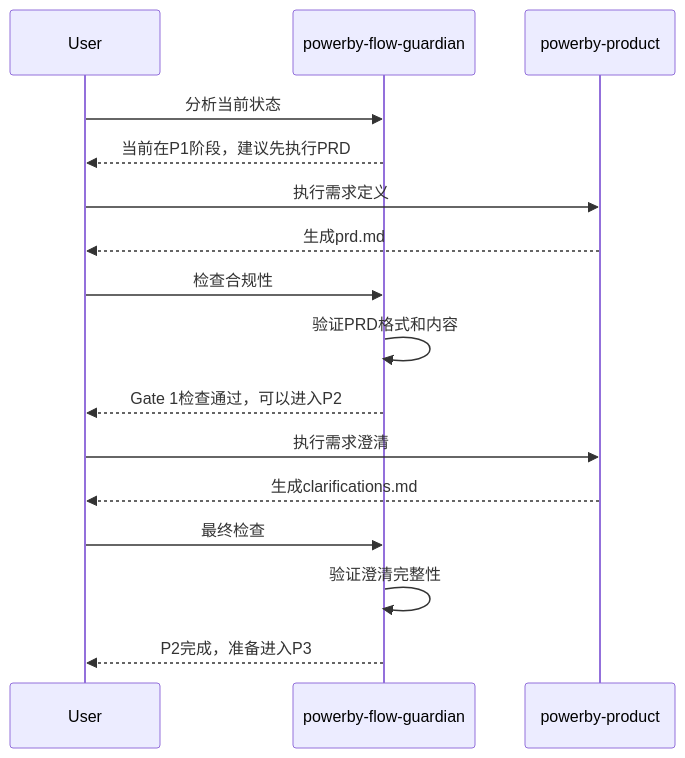
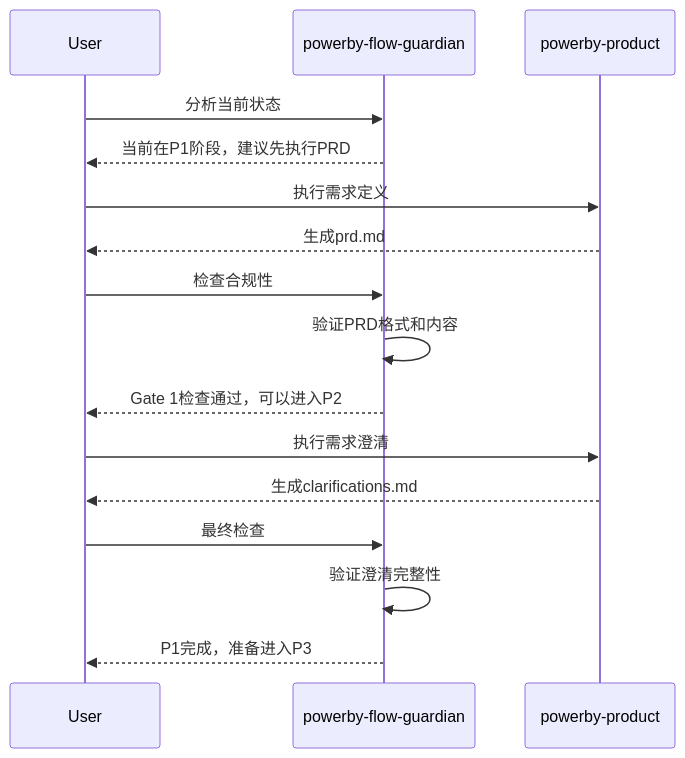
Before and after one commit to chenchiyuan/powerby-skills: the second of 5 diagrams in skills/powerby-flow-guardian-integration.md, drawn with Mermaid. The commit also changed other lines of this file and 13 other files, not shown here.

````diff
--- a/skills/powerby-flow-guardian-integration.md
+++ b/skills/powerby-flow-guardian-integration.md
@@ -96,23 +93,23 @@
 ```mermaid
 sequenceDiagram
     participant User
     participant FG as powerby-flow-guardian
     participant PM as powerby-product
 
     User->>FG: 分析当前状态
     FG-->>User: 当前在P1阶段，建议先执行PRD
 
     User->>PM: 执行需求定义
     PM-->>User: 生成prd.md
 
     User->>FG: 检查合规性
     FG->>FG: 验证PRD格式和内容
     FG-->>User: Gate 1检查通过，可以进入P2
 
     User->>PM: 执行需求澄清
     PM-->>User: 生成clarifications.md
 
     User->>FG: 最终检查
     FG->>FG: 验证澄清完整性
-    FG-->>User: P2完成，准备进入P3
+    FG-->>User: P1完成，准备进入P3
 ```
````
